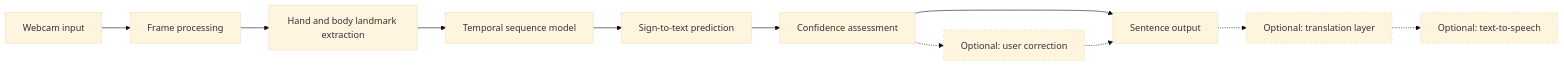
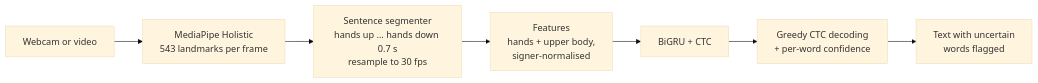
Before and after one commit to Adithya-devcoder/TechNova_Hackathon: the diagram in README.md, drawn with Mermaid (base theme). The commit also changed other lines of this file and 15 other files, not shown here.

````diff
--- a/README.md
+++ b/README.md
@@ -126,17 +67,9 @@
 ```mermaid
 flowchart LR
-    A[Webcam input] --> B[Frame processing]
-    B --> C[Hand and body landmark extraction]
-    C --> D[Temporal sequence model]
-    D --> E[Sign-to-text prediction]
-    E --> F[Confidence assessment]
-    F --> G[Sentence output]
-    G -.-> H[Optional: translation layer]
-    H -.-> I[Optional: text-to-speech]
-    F -.-> J[Optional: user correction]
-    J -.-> G
-
-    style H stroke-dasharray: 5 5
-    style I stroke-dasharray: 5 5
-    style J stroke-dasharray: 5 5
+    A[Webcam or video] --> B[MediaPipe Holistic<br/>543 landmarks per frame]
+    B --> C[Sentence segmenter<br/>hands up ... hands down 0.7 s<br/>resample to 30 fps]
+    C --> D[Features<br/>hands + upper body,<br/>signer-normalised]
+    D --> E[BiGRU + CTC]
+    E --> F[Greedy CTC decoding<br/>+ per-word confidence]
+    F --> G[Text with uncertain<br/>words flagged]
 ```
````
